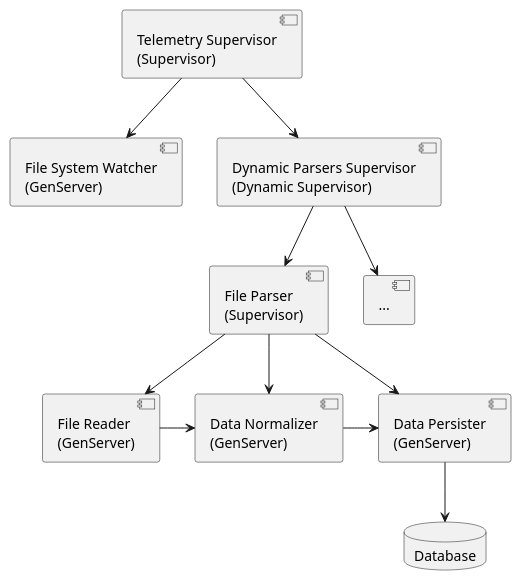
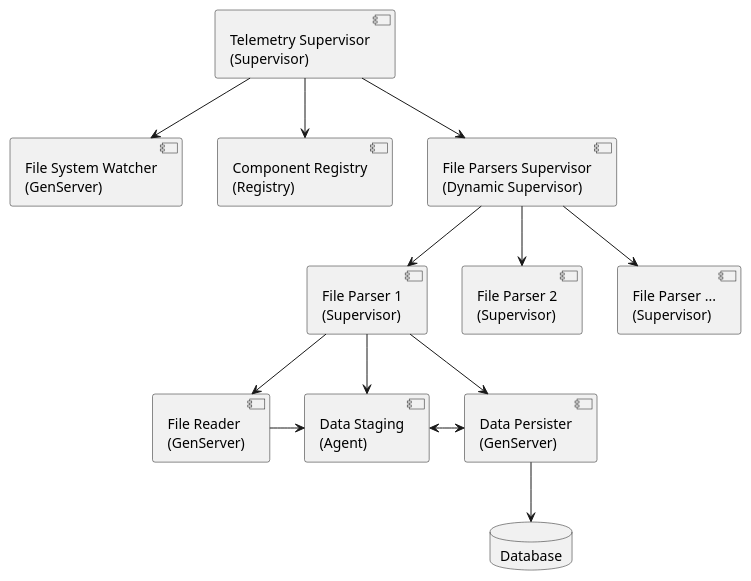
The diagram in docs/telemetry.plantuml (aparod/ta), drawn with PlantUML before and after one commit. The commit also changed 2 other files, not shown here.

```diff
--- a/docs/telemetry.plantuml
+++ b/docs/telemetry.plantuml
@@ -1,30 +1,34 @@
 @startuml telemetry
 
 component "Telemetry Supervisor\n(Supervisor)" as ts
 component "File System Watcher\n(GenServer)" as fsw
-component "Dynamic Parsers Supervisor\n(Dynamic Supervisor)" as ds1
+component "Component Registry\n(Registry)" as reg
+component "File Parsers Supervisor\n(Dynamic Supervisor)" as ds1
 
-component "File Parser\n(Supervisor)" as fpsa
-component "..." as fpsc
+component "File Parser 1\n(Supervisor)" as fp1
+component "File Parser 2\n(Supervisor)" as fp2
+component "File Parser ...\n(Supervisor)" as fp3
 
 component "File Reader\n(GenServer)" as fr
-component "Data Normalizer\n(GenServer)" as dn
+component "Data Staging\n(Agent)" as nd
 component "Data Persister\n(GenServer)" as dp
 
 database "Database" as db
 
+ts -down-> reg
 ts -down-> fsw
 ts -down-> ds1
 
-ds1 -down-> fpsa
-ds1 -down-> fpsc
+ds1 -down-> fp1
+ds1 -down-> fp2
+ds1 -down-> fp3
 
-fpsa -down-> fr
-fpsa -down-> dn
-fpsa -down-> dp
+fp1 -down-> fr
+fp1 -down-> nd
+fp1 -down-> dp
 
-fr -right-> dn
-dn -right-> dp
+fr -right-> nd
+dp <-left-> nd
 dp -down-> db
 
 @enduml
```
